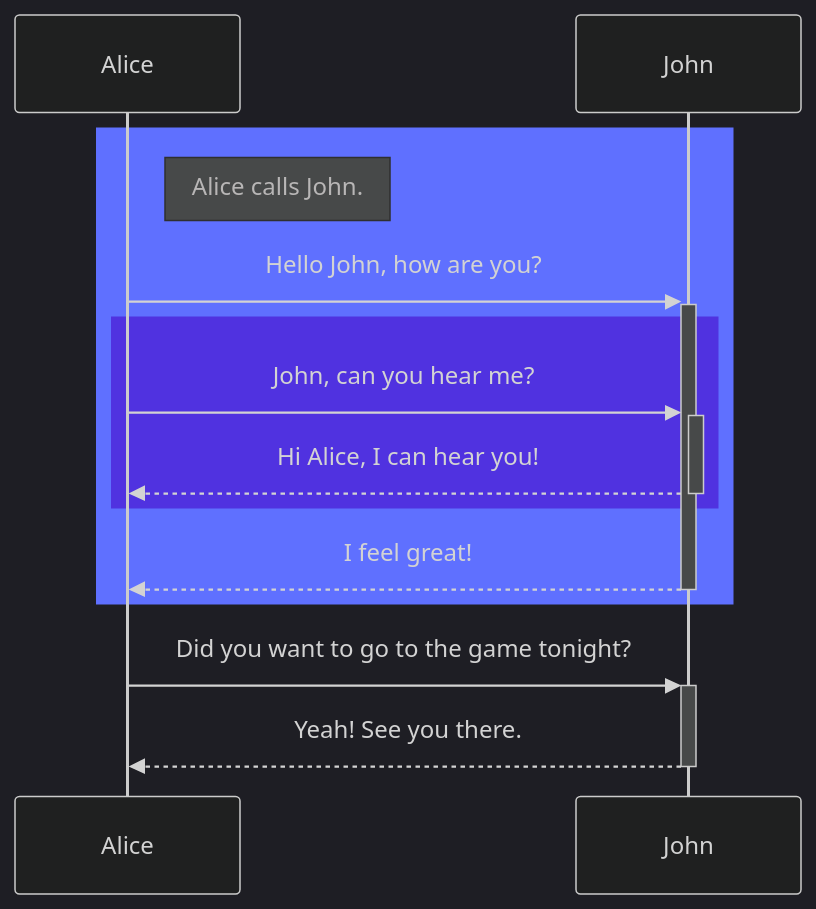
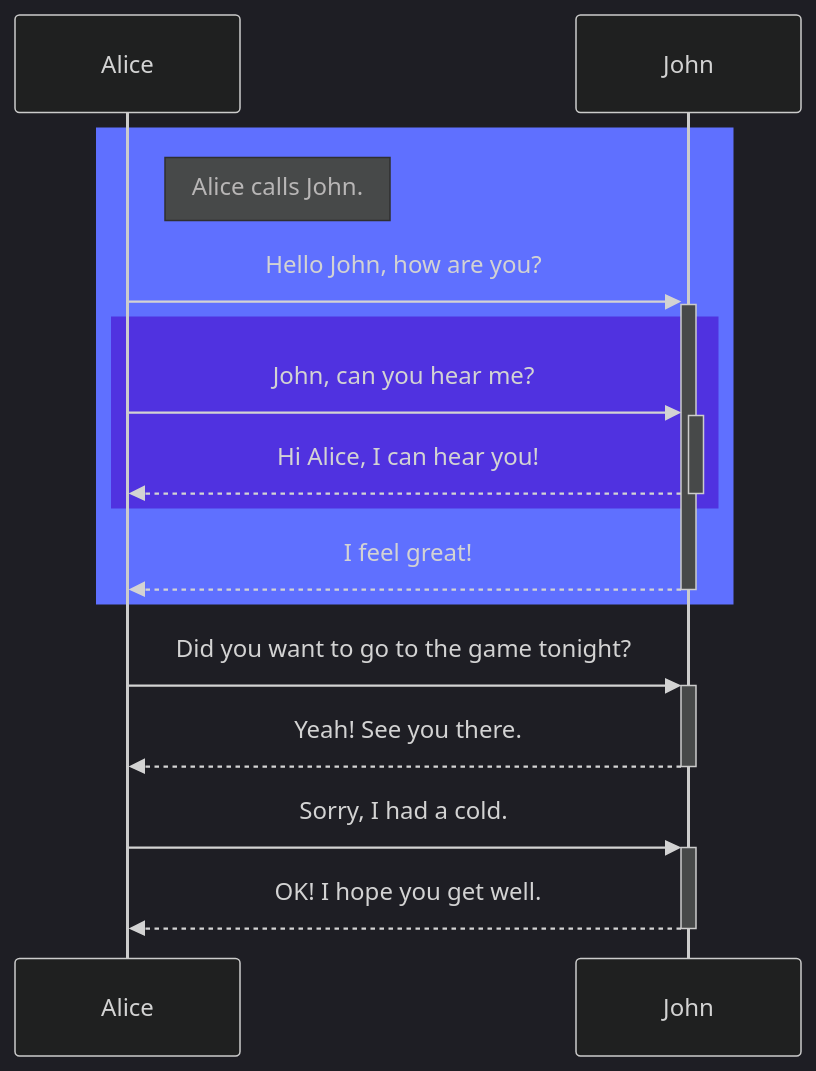
Before and after one commit to take8/hackmd-link-sample: the diagram in docs/sequence/sample.md, drawn with Mermaid.

Commit message:
add message

````diff
--- a/docs/sequence/sample.md
+++ b/docs/sequence/sample.md
@@ -5,18 +5,20 @@
 ```mermaid
 %%{init:{'theme':'dark'}}%%
 sequenceDiagram
     participant Alice
     participant John
 
     rect rgb(95, 112, 255)
     note right of Alice: Alice calls John.
     Alice->>+John: Hello John, how are you?
     rect rgb(80, 50, 224)
     Alice->>+John: John, can you hear me?
     John-->>-Alice: Hi Alice, I can hear you!
     end
     John-->>-Alice: I feel great!
     end
     Alice ->>+ John: Did you want to go to the game tonight?
     John -->>- Alice: Yeah! See you there.
+    Alice ->>+ John: Sorry, I had a cold.
+    John -->>- Alice: OK! I hope you get well.
 ```
````
